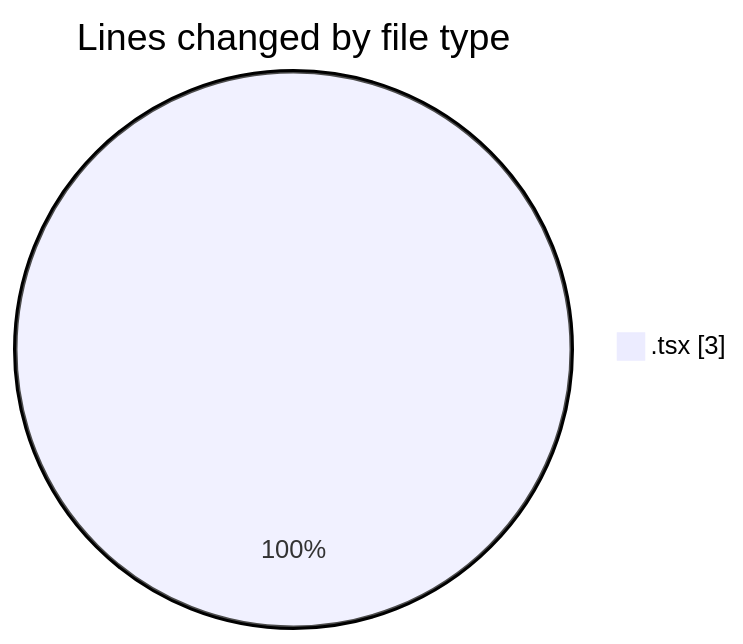
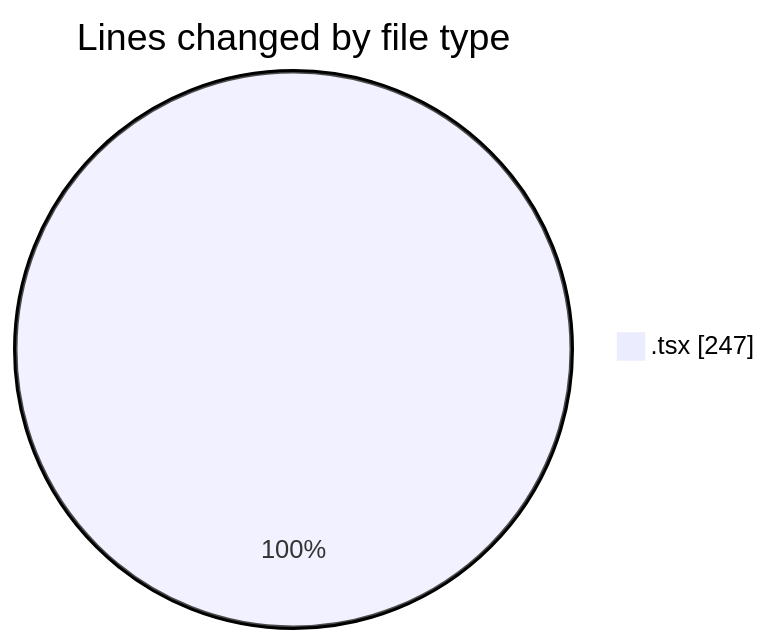
One commit to momahboobian/code-tracking changed the first of 2 diagrams in 2025-10-21/cda/README.md. Above: the diagram before and after it, drawn with Mermaid. The commit also changed other lines of this file and 1 other file, not shown here.

````diff
--- a/2025-10-21/cda/README.md
+++ b/2025-10-21/cda/README.md
@@ -20,5 +21,5 @@
 ```mermaid
 pie showData
 title Lines changed by file type
-".tsx" : 3
+".tsx" : 247
 ```
````
